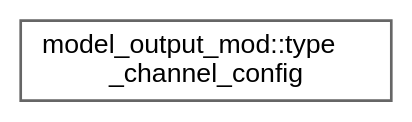
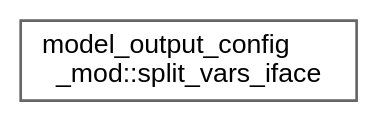
One commit to mayhl/FUNWAVE-TVD changed the diagram in release/v4.0-beta/inherit_graph_42.dot. Above: the diagram before and after it, drawn with Graphviz. The commit also changed 86 other files, not shown here.

```diff
--- a/release/v4.0-beta/inherit_graph_42.dot
+++ b/release/v4.0-beta/inherit_graph_42.dot
@@ -1,9 +1,9 @@
 digraph "Graphical Class Hierarchy"
 {
  // LATEX_PDF_SIZE
   bgcolor="transparent";
   edge [fontname=Helvetica,fontsize=10,labelfontname=Helvetica,labelfontsize=10];
   node [fontname=Helvetica,fontsize=10,shape=box,height=0.2,width=0.4];
   rankdir="LR";
-  Node0 [id="Node000000",label="model_output_mod::type\l_channel_config",height=0.2,width=0.4,color="grey40", fillcolor="white", style="filled",URL="$structmodel__output__mod_1_1type__channel__config.html",tooltip=" "];
+  Node0 [id="Node000000",label="model_output_config\l_mod::split_vars_iface",height=0.2,width=0.4,color="grey40", fillcolor="white", style="filled",URL="$interfacemodel__output__config__mod_1_1split__vars__iface.html",tooltip=" "];
 }
```
